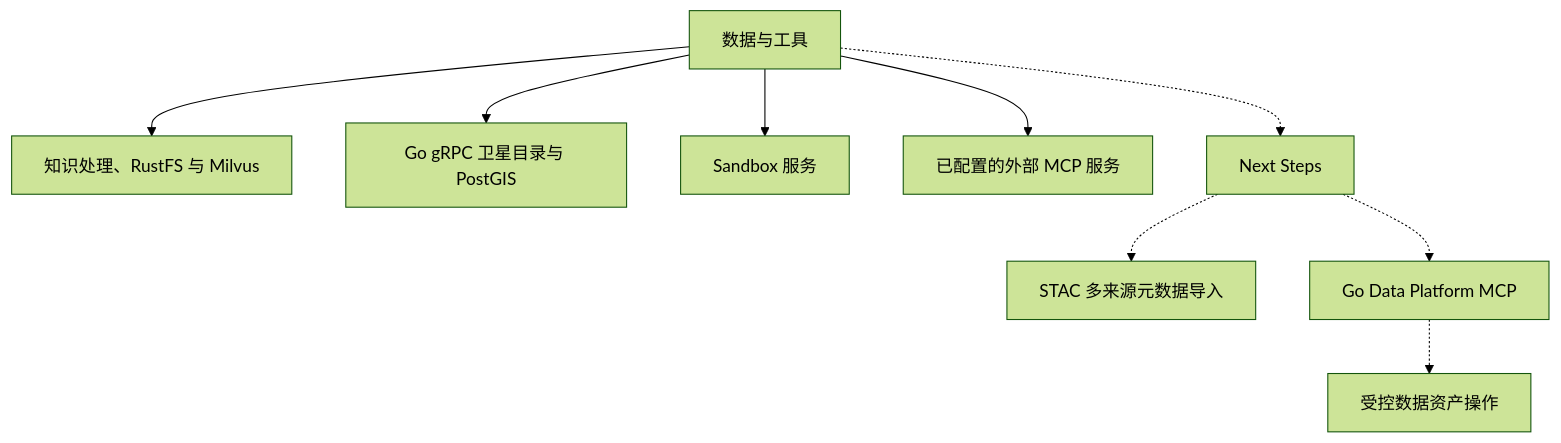
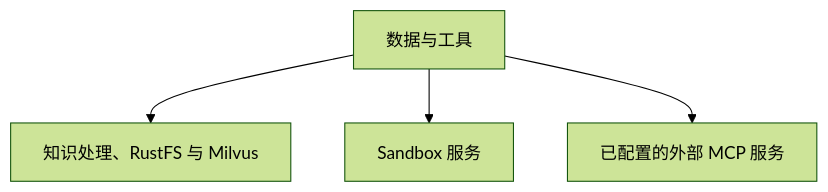
The third of 3 diagrams in README.md (Agent-Multiverse-Lab/agent-stack), drawn with Mermaid (forest theme) before and after one commit. The commit also changed other lines of this file and 60 other files, not shown here.

First line of the commit message:
refactor(data-platform): 移除卫星目录 Gateway

````diff
--- a/README.md
+++ b/README.md
@@ -58,11 +56,6 @@
 ```mermaid
 flowchart TB
     Data[数据与工具] --> Knowledge[知识处理、RustFS 与 Milvus]
-    Data --> Gateway[Go gRPC 卫星目录与 PostGIS]
     Data --> Sandbox[Sandbox 服务]
     Data --> MCP[已配置的外部 MCP 服务]
-    Data -.-> Plan[Next Steps]
-    Plan -.-> STAC[STAC 多来源元数据导入]
-    Plan -.-> GoMCP[Go Data Platform MCP]
-    GoMCP -.-> DataOps[受控数据资产操作]
 ```
````
